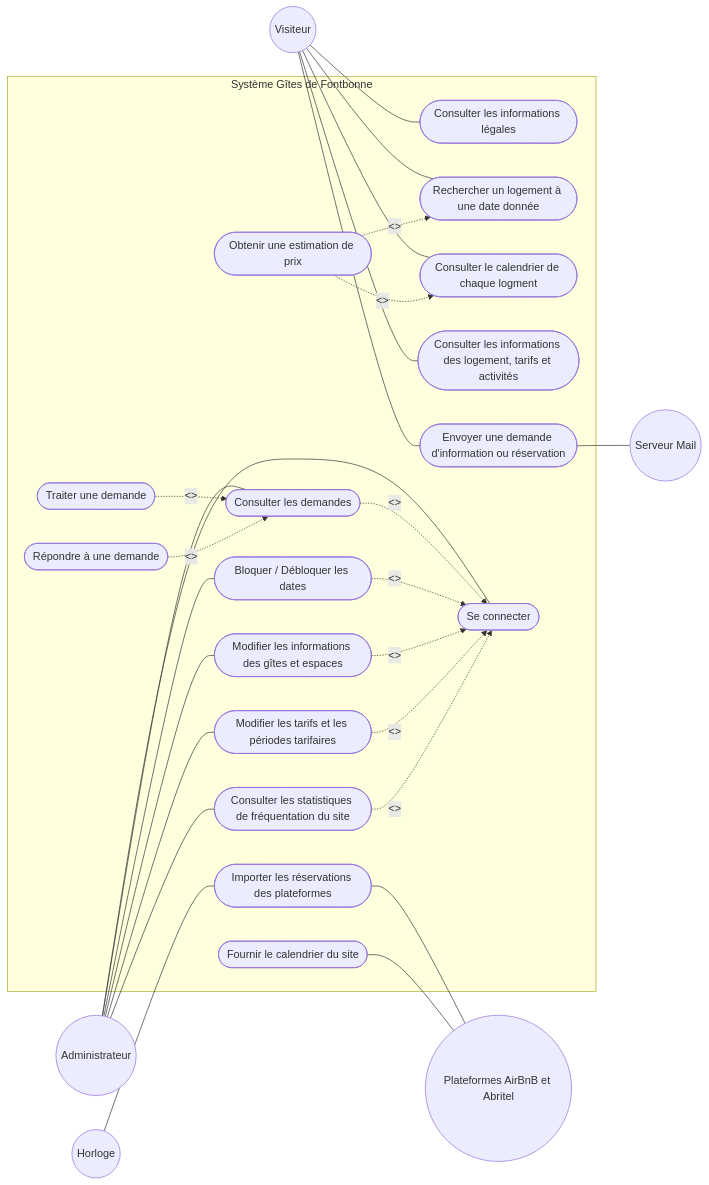
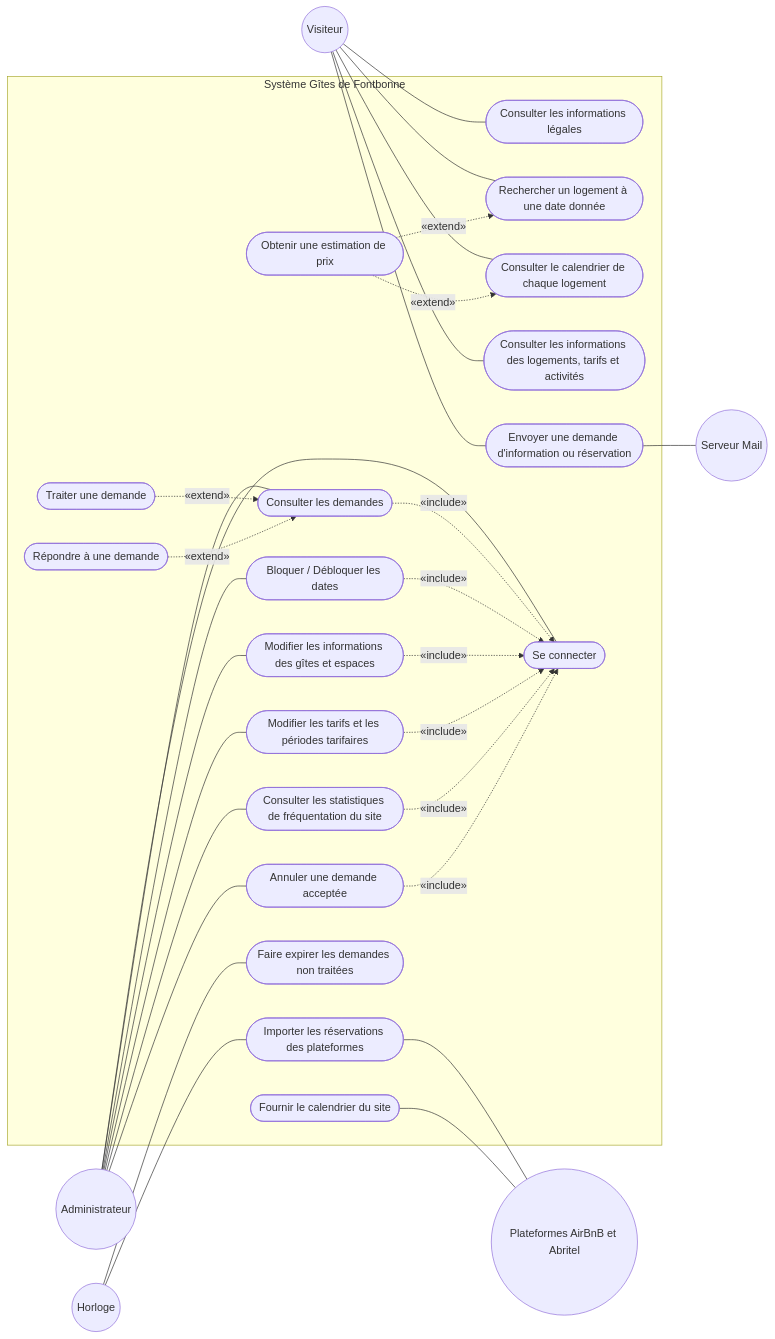
Before and after one commit to Milie07/gites-de-fontbonne: the first of 2 diagrams in docs/01-fonctionnel/cahier-des-charges-fonctionnel.md, drawn with Mermaid. The commit also changed other lines of this file and 2 other files, not shown here.

Commit message:
docs: cahier des charges fonctionnels fait - a faire valider - ajout du diagramme de séquence en png

````diff
--- a/docs/01-fonctionnel/cahier-des-charges-fonctionnel.md
+++ b/docs/01-fonctionnel/cahier-des-charges-fonctionnel.md
@@ -373,63 +772,68 @@
 ```mermaid
 flowchart LR
     %% 1. Acteurs principaux (à gauche)
     Visiteur((Visiteur))
     Administrateur((Administrateur))
     Horloge((Horloge))
 
     %% 2. Système (au centre)
     subgraph Système Gîtes de Fontbonne
         UC1([Consulter les informations légales])
         UC2([Rechercher un logement à une date donnée])
-        UC3([Consulter le calendrier de chaque logment])
-        UC4([Consulter les informations des logement, tarifs et activités])
+        UC3([Consulter le calendrier de chaque logement])
+        UC4([Consulter les informations des logements, tarifs et activités])
         UC5([Consulter les demandes])
         UC6([Bloquer / Débloquer les dates])
         UC7([Modifier les informations des gîtes et espaces])
         UC8([Modifier les tarifs et les périodes tarifaires])
         UC9([Consulter les statistiques de fréquentation du site])
         UC10([Importer les réservations des plateformes])
         UC11([Envoyer une demande d'information ou réservation])
         UC12([Obtenir une estimation de prix])
         UC13([Traiter une demande])
         UC14([Répondre à une demande])
         UC15([Se connecter])
         UC16([Fournir le calendrier du site])
+        UC17([Faire expirer les demandes non traitées])
+        UC18([Annuler une demande acceptée])
     end
 
     %% 3. Acteurs secondaires / systèmes externes (à droite)
     Serveur-Mail((Serveur Mail))
     Plateformes-AirBnB-et-Abritel((Plateformes AirBnB et Abritel))
 
     %% Liens Gauche
     Visiteur --- UC1
     Visiteur --- UC2
     Visiteur --- UC3
     Visiteur --- UC4
     Visiteur --- UC11
     Administrateur --- UC15
     Administrateur --- UC5
     Administrateur --- UC6
     Administrateur --- UC7
     Administrateur --- UC8
     Administrateur --- UC9
+    Administrateur --- UC18
     Horloge --- UC10
+    Horloge --- UC17
 
 
     %% Relations internes
-    UC12 -.->|"<<extend>>"| UC2 
-    UC12 -.->|"<<extend>>"| UC3 
-    UC13 -.->|"<<extend>>"| UC5 
-    UC14 -.->|"<<extend>>"| UC5 
-    UC5 -.->|"<<include>>"| UC15
-    UC6 -.->|"<<include>>"| UC15
-    UC7 -.->|"<<include>>"| UC15
-    UC8 -.->|"<<include>>"| UC15
-    UC9 -.->|"<<include>>"| UC15
+    UC12 -.->|«extend»| UC2 
+    UC12 -.->|«extend»| UC3 
+    UC13 -.->|«extend»| UC5 
+    UC14 -.->|«extend»| UC5 
+    UC5 -.->|«include»| UC15
+    UC6 -.->|«include»| UC15
+    UC7 -.->|«include»| UC15
+    UC8 -.->|«include»| UC15
+    UC9 -.->|«include»| UC15
+    UC18 -.->|«include»| UC15
 
     %% Liens droite
     UC11 --- Serveur-Mail
     UC10 --- Plateformes-AirBnB-et-Abritel
     UC16 --- Plateformes-AirBnB-et-Abritel
 
 ```
````
